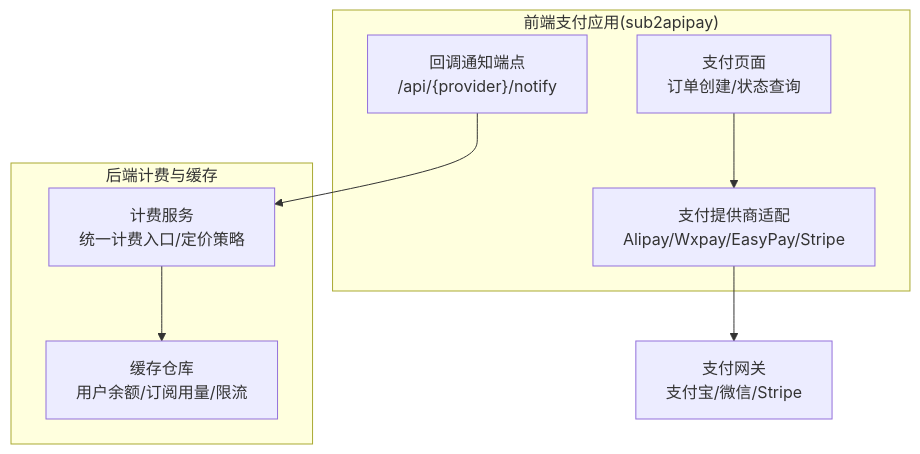
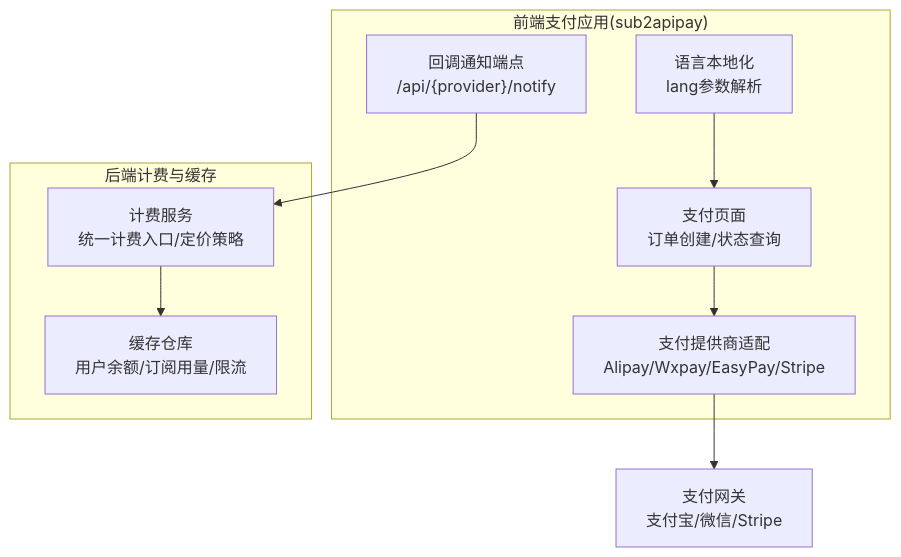
Before and after one commit to ai-poet/sub2api: the first of 3 diagrams in .qoder/repowiki/zh/content/项目概述/核心功能/支付系统.md, drawn with Mermaid. The commit also changed other lines of this file and 30 other files, not shown here.

````diff
--- a/.qoder/repowiki/zh/content/项目概述/核心功能/支付系统.md
+++ b/.qoder/repowiki/zh/content/项目概述/核心功能/支付系统.md
@@ -32,17 +47,19 @@
 ```mermaid
 graph TB
 subgraph "前端支付应用(sub2apipay)"
 FE_UI["支付页面<br/>订单创建/状态查询"]
 FE_Providers["支付提供商适配<br/>Alipay/Wxpay/EasyPay/Stripe"]
 FE_Notify["回调通知端点<br/>/api/{provider}/notify"]
+FE_Locale["语言本地化<br/>lang参数解析"]
 end
 subgraph "后端计费与缓存"
 BE_Billing["计费服务<br/>统一计费入口/定价策略"]
 BE_Cache["缓存仓库<br/>用户余额/订阅用量/限流"]
 end
 Providers["支付网关<br/>支付宝/微信/Stripe"]
 FE_UI --> FE_Providers
 FE_Providers --> Providers
 FE_Notify --> BE_Billing
+FE_Locale --> FE_UI
 BE_Billing --> BE_Cache
 ```
````
